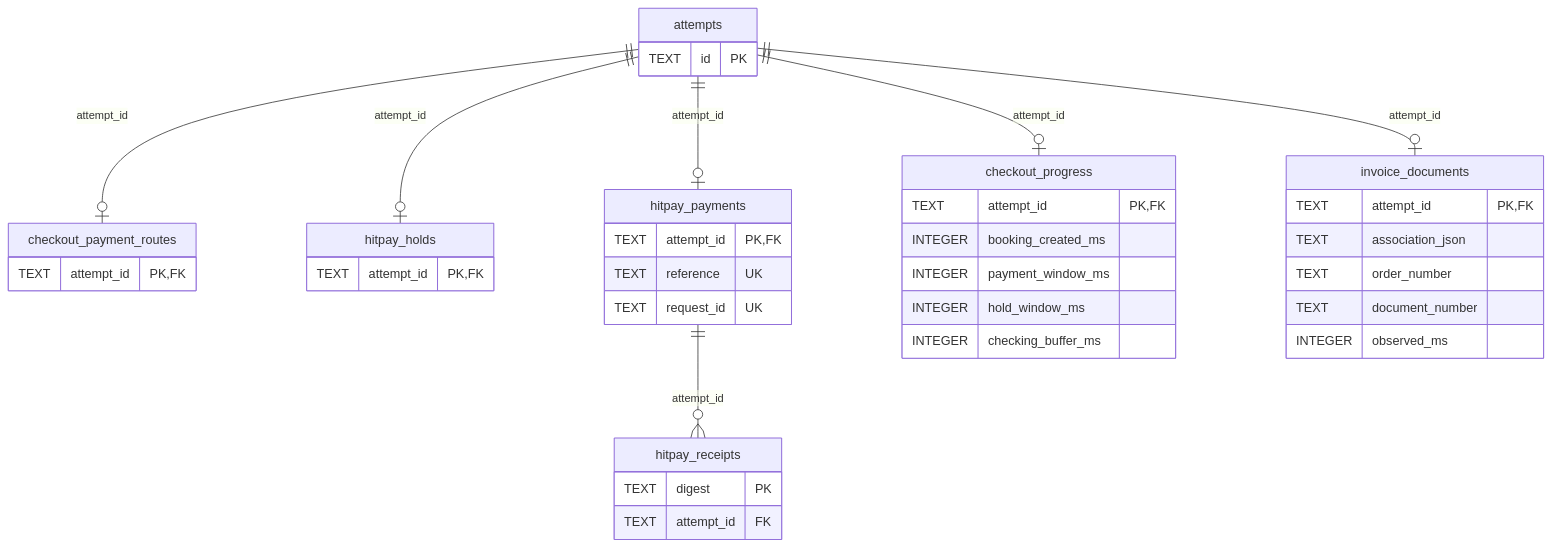
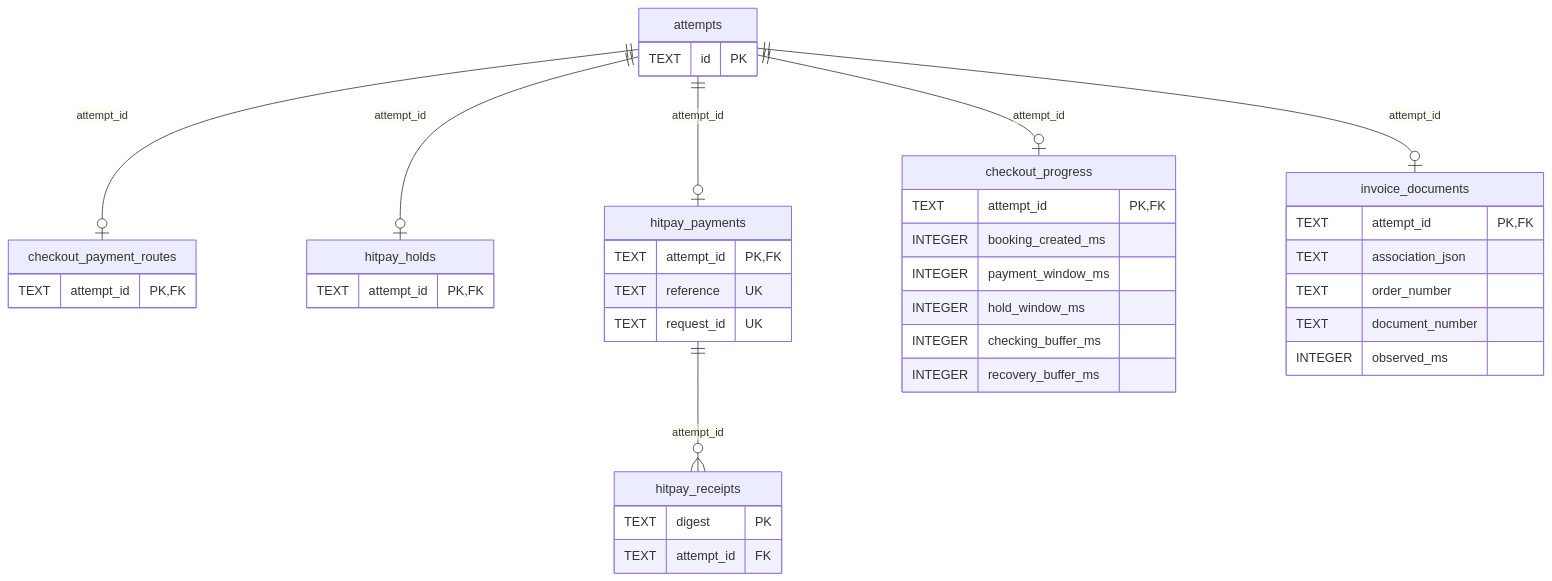
Before and after one commit to soccerbotstudiosg/soccerbotstudioSG: the fourth of 8 diagrams in docs/architecture/database-schema.md, drawn with Mermaid. The commit also changed other lines of this file and 42 other files, not shown here.

````diff
--- a/docs/architecture/database-schema.md
+++ b/docs/architecture/database-schema.md
@@ -91,35 +91,36 @@
 ```mermaid
 erDiagram
   attempts ||--o| checkout_payment_routes : attempt_id
   attempts ||--o| hitpay_holds : attempt_id
   attempts ||--o| hitpay_payments : attempt_id
   attempts ||--o| checkout_progress : attempt_id
   attempts ||--o| invoice_documents : attempt_id
   hitpay_payments ||--o{ hitpay_receipts : attempt_id
   attempts { TEXT id PK }
   checkout_payment_routes { TEXT attempt_id PK, FK }
   hitpay_holds { TEXT attempt_id PK, FK }
   hitpay_payments {
     TEXT attempt_id PK, FK
     TEXT reference UK
     TEXT request_id UK
   }
   hitpay_receipts {
     TEXT digest PK
     TEXT attempt_id FK
   }
   checkout_progress {
     TEXT attempt_id PK, FK
     INTEGER booking_created_ms
     INTEGER payment_window_ms
     INTEGER hold_window_ms
     INTEGER checking_buffer_ms
+    INTEGER recovery_buffer_ms
   }
   invoice_documents {
     TEXT attempt_id PK, FK
     TEXT association_json
     TEXT order_number
     TEXT document_number
     INTEGER observed_ms
   }
 ```
````
